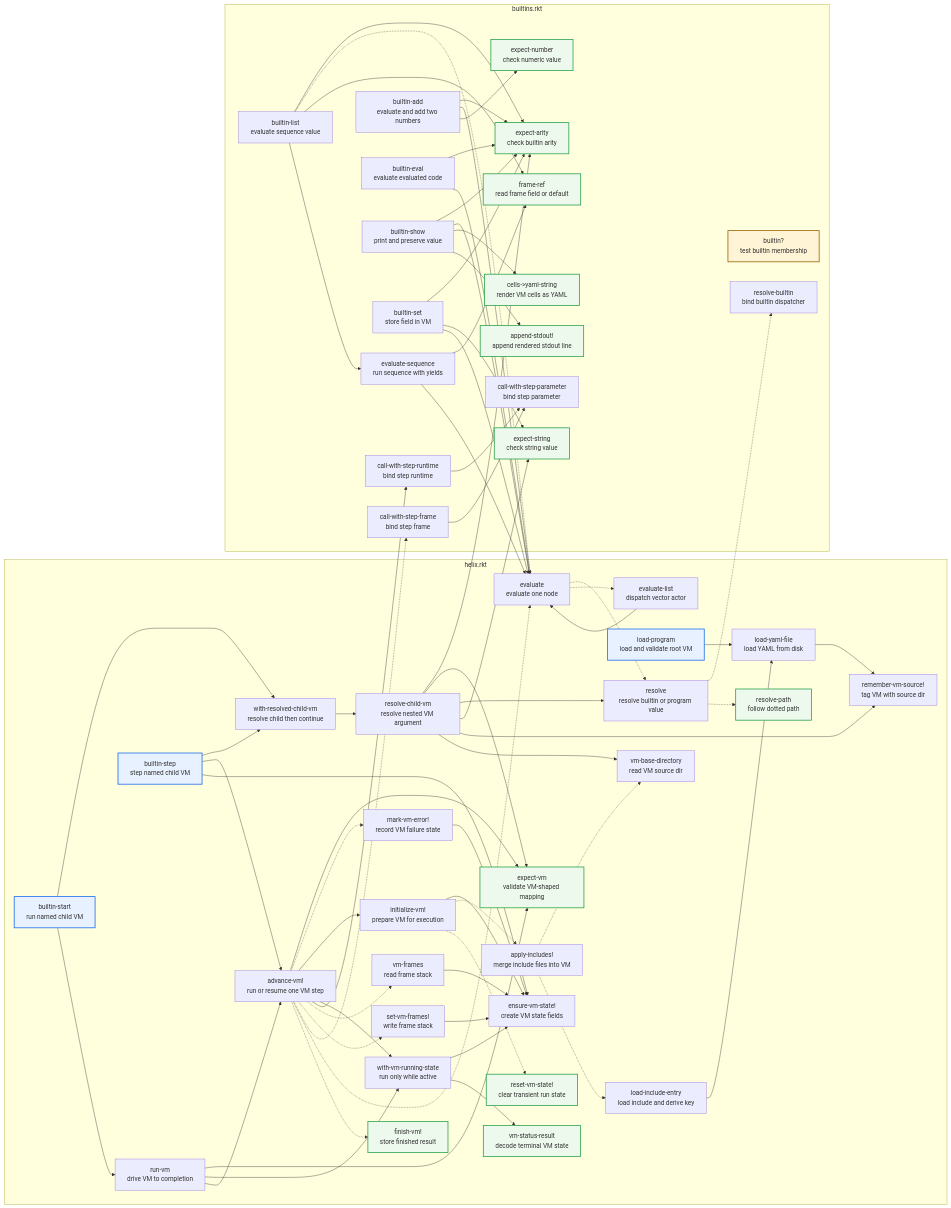
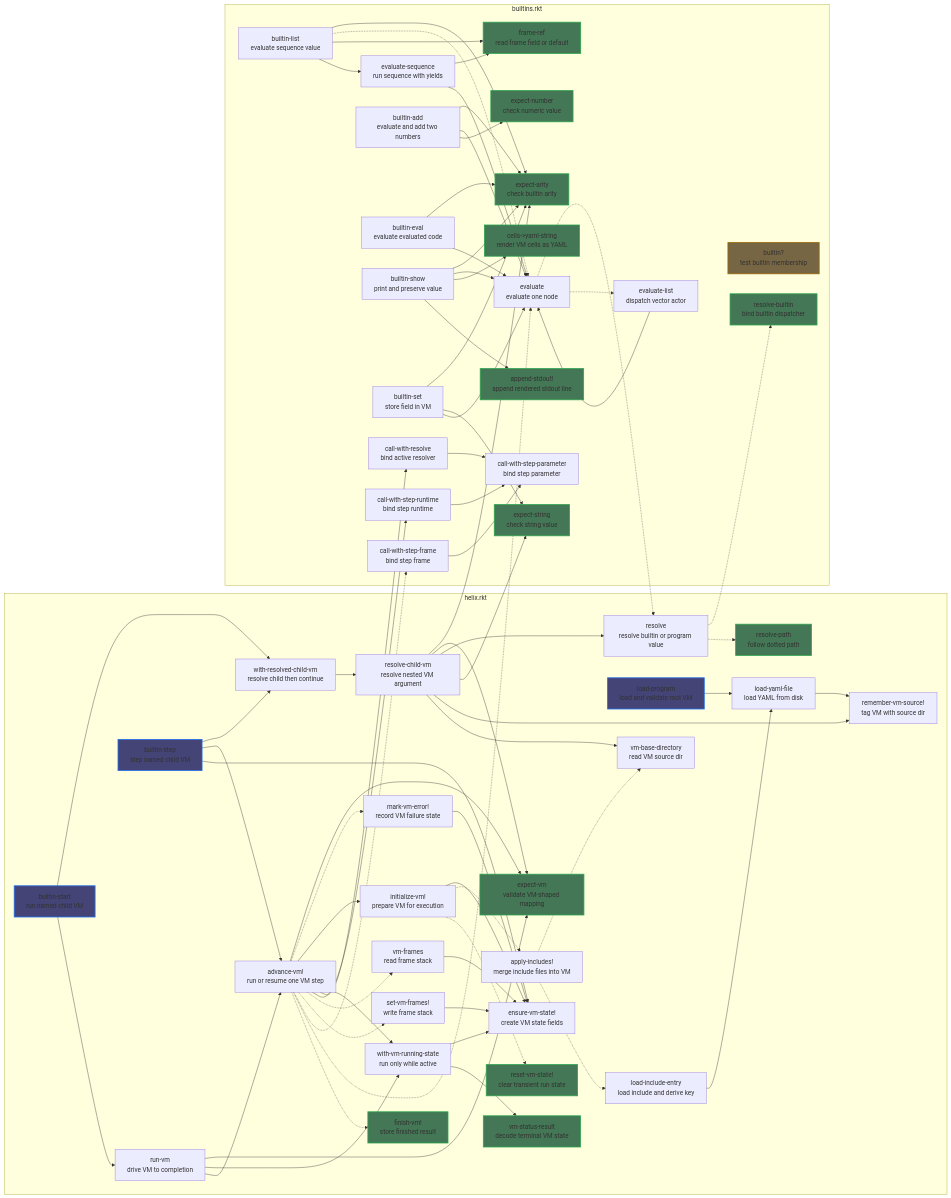
Before and after one commit to flintwinters/helix: the diagram in README.md, drawn with Mermaid. The commit also changed other lines of this file, not shown here.

Commit message:
Refresh README invocation diagram
Update the Mermaid codebase overview in README.md to reflect the current evaluator split after moving evaluate and evaluate-list into builtins.rkt.

Add the call-with-resolve node, redirect the evaluator call edges into builtins.rkt, and remove the stale helix.rkt evaluator nodes so the diagram matches the current runtime layering.

Also adjust the selective responsibility matrix so the documented function responsibilities stay consistent with the revised module boundary.

````diff
--- a/README.md
+++ b/README.md
@@ -23,8 +23,8 @@
 ```mermaid
 flowchart LR
-  classDef root fill:#e8f1ff,stroke:#1f6feb,stroke-width:2px;
-  classDef leaf fill:#edf9ed,stroke:#2da44e,stroke-width:2px;
-  classDef rootleaf fill:#fff4d6,stroke:#9a6700,stroke-width:2px;
+  classDef root fill:#447,stroke:#1f6feb,stroke-width:2px;
+  classDef leaf fill:#475,stroke:#2da44e,stroke-width:2px;
+  classDef rootleaf fill:#764,stroke:#9a6700,stroke-width:2px;
 
   subgraph H["helix.rkt"]
     h_remember["remember-vm-source!<br/>tag VM with source dir"]
@@ -46,8 +46,6 @@
     h_with_running["with-vm-running-state<br/>run only while active"]
     h_resolve_child["resolve-child-vm<br/>resolve nested VM argument"]
     h_with_child["with-resolved-child-vm<br/>resolve child then continue"]
-    h_evaluate["evaluate<br/>evaluate one node"]
-    h_evaluate_list["evaluate-list<br/>dispatch vector actor"]
     h_advance["advance-vm!<br/>run or resume one VM step"]
     h_run["run-vm<br/>drive VM to completion"]
     h_builtin_start["builtin-start<br/>run named child VM"]
@@ -60,12 +58,15 @@
     b_expect_number["expect-number<br/>check numeric value"]
     b_expect_string["expect-string<br/>check string value"]
     b_call_param["call-with-step-parameter<br/>bind step parameter"]
+    b_call_resolve["call-with-resolve<br/>bind active resolver"]
     b_call_runtime["call-with-step-runtime<br/>bind step runtime"]
     b_call_frame["call-with-step-frame<br/>bind step frame"]
     b_frame_ref["frame-ref<br/>read frame field or default"]
     b_cells_yaml["cells->yaml-string<br/>render VM cells as YAML"]
     b_append_stdout["append-stdout!<br/>append rendered stdout line"]
     b_eval_sequence["evaluate-sequence<br/>run sequence with yields"]
+    b_evaluate["evaluate<br/>evaluate one node"]
+    b_evaluate_list["evaluate-list<br/>dispatch vector actor"]
     b_builtin_add["builtin-add<br/>evaluate and add two numbers"]
     b_builtin_eval["builtin-eval<br/>evaluate evaluated code"]
     b_builtin_list["builtin-list<br/>evaluate sequence value"]
@@ -95,18 +96,16 @@
   h_resolve_child --> h_remember
   h_resolve_child --> h_vm_base
   h_with_child --> h_resolve_child
-  h_evaluate -.-> h_resolve
-  h_evaluate -.-> h_evaluate_list
-  h_evaluate_list --> h_evaluate
   h_advance --> h_expect_vm
   h_advance -.-> h_mark_error
   h_advance --> h_initialize
   h_advance --> h_with_running
+  h_advance --> b_call_resolve
   h_advance --> b_call_runtime
   h_advance -.-> h_vm_frames
   h_advance -.-> h_set_frames
   h_advance -.-> b_call_frame
-  h_advance -.-> h_evaluate
+  h_advance -.-> b_evaluate
   h_advance -.-> h_finish
   h_run --> h_expect_vm
   h_run --> h_with_running
@@ -119,28 +118,32 @@
   h_resolve -.-> b_resolve_builtin
   h_resolve -.-> h_resolve_path
 
+  b_call_resolve --> b_call_param
   b_call_runtime --> b_call_param
   b_call_frame --> b_call_param
   b_eval_sequence --> b_frame_ref
-  b_eval_sequence --> h_evaluate
+  b_eval_sequence --> b_evaluate
+  b_evaluate -.-> h_resolve
+  b_evaluate -.-> b_evaluate_list
+  b_evaluate_list --> b_evaluate
   b_builtin_add --> b_expect_arity
-  b_builtin_add --> h_evaluate
+  b_builtin_add --> b_evaluate
   b_builtin_add --> b_expect_number
   b_builtin_eval --> b_expect_arity
-  b_builtin_eval --> h_evaluate
+  b_builtin_eval --> b_evaluate
   b_builtin_list --> b_expect_arity
-  b_builtin_list -.-> h_evaluate
+  b_builtin_list -.-> b_evaluate
   b_builtin_list --> b_frame_ref
   b_builtin_list --> b_eval_sequence
   b_builtin_show --> b_expect_arity
-  b_builtin_show --> h_evaluate
+  b_builtin_show --> b_evaluate
   b_builtin_show --> b_cells_yaml
   b_builtin_show --> b_append_stdout
   b_builtin_set --> b_expect_arity
   b_builtin_set --> b_expect_string
-  b_builtin_set --> h_evaluate
+  b_builtin_set --> b_evaluate
 
   class h_load_program,h_builtin_start,h_builtin_step root;
-  class h_expect_vm,h_resolve_path,h_reset_state,h_vm_status,h_finish,b_expect_arity,b_expect_number,b_expect_string,b_frame_ref,b_cells_yaml,b_append_stdout leaf;
+  class h_expect_vm,h_resolve_path,h_reset_state,h_vm_status,h_finish,b_expect_arity,b_expect_number,b_expect_string,b_frame_ref,b_cells_yaml,b_append_stdout,b_resolve_builtin leaf;
   class b_builtin_q rootleaf;
 ```
````
